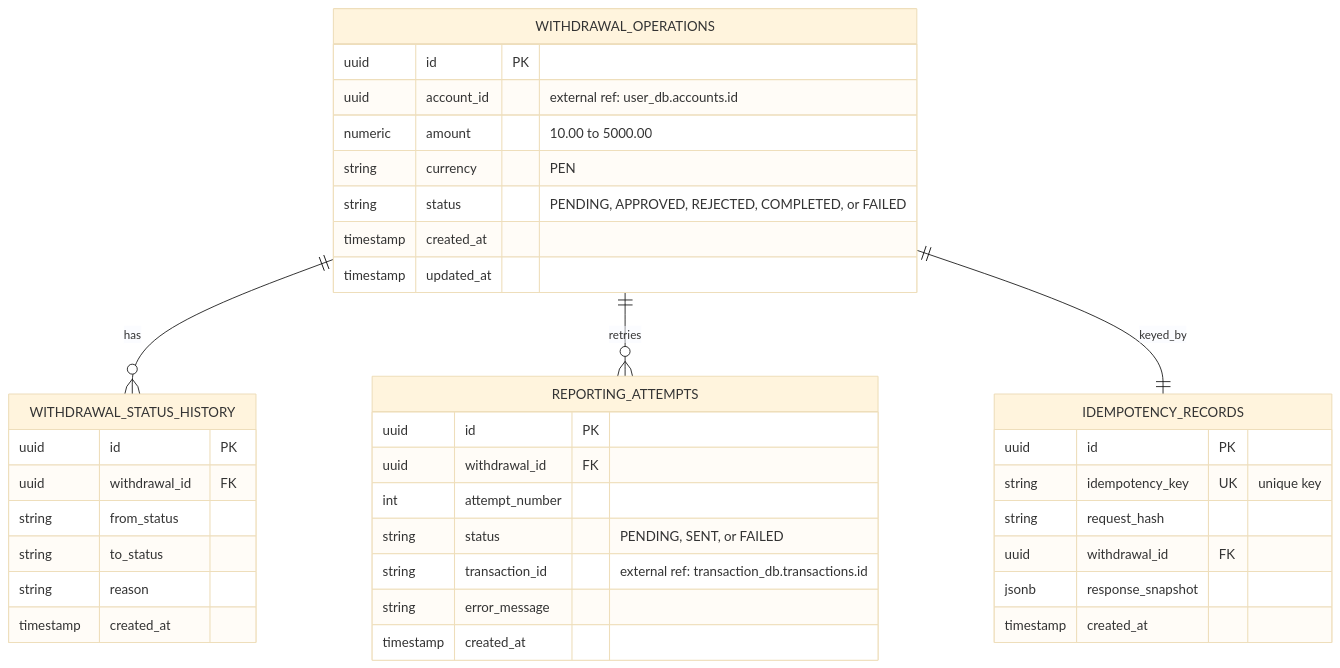
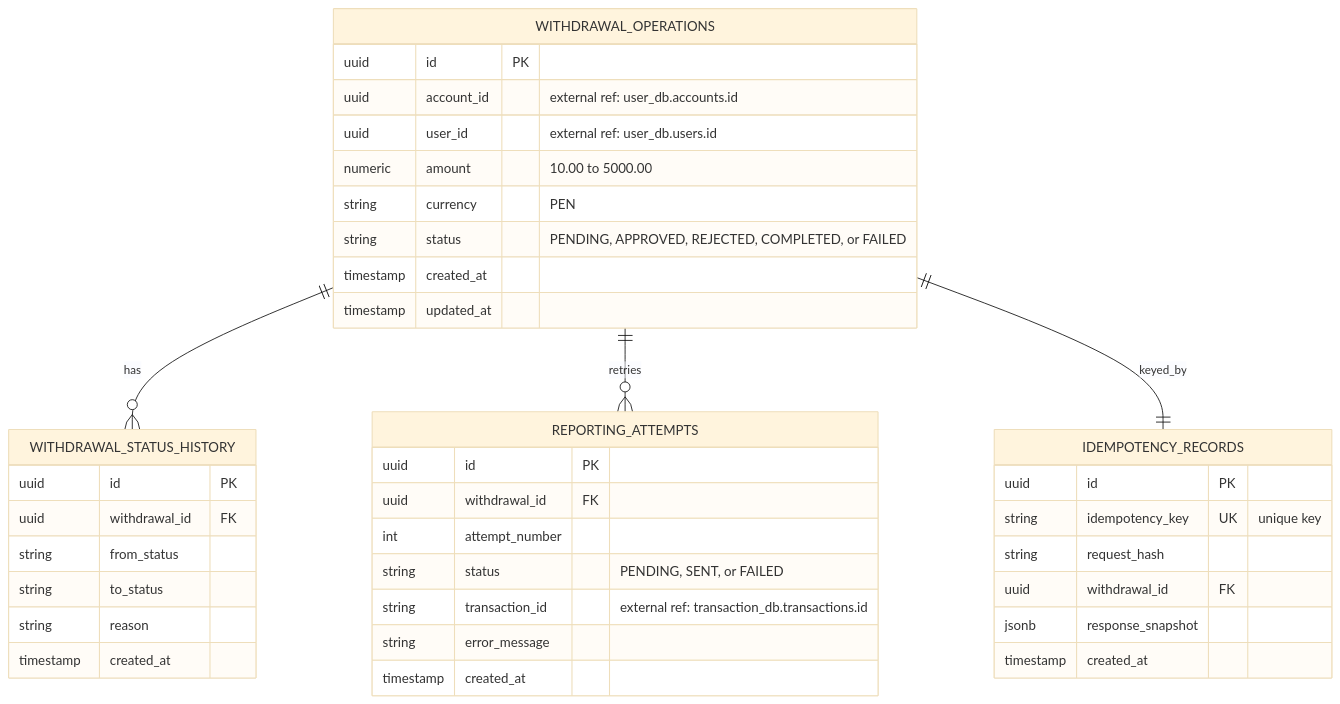
The first of 2 diagrams in openspec/architecture/erd/withdrawal-soles.md (J0sePs/app-microservices-spec), drawn with Mermaid (base theme) before and after one commit. The commit also changed other lines of this file and 75 other files, not shown here.

````diff
--- a/openspec/architecture/erd/withdrawal-soles.md
+++ b/openspec/architecture/erd/withdrawal-soles.md
@@ -5,44 +5,45 @@
 ```mermaid
 erDiagram
     WITHDRAWAL_OPERATIONS ||--o{ WITHDRAWAL_STATUS_HISTORY : has
     WITHDRAWAL_OPERATIONS ||--o{ REPORTING_ATTEMPTS : retries
     WITHDRAWAL_OPERATIONS ||--|| IDEMPOTENCY_RECORDS : keyed_by
 
     WITHDRAWAL_OPERATIONS {
         uuid id PK
         uuid account_id "external ref: user_db.accounts.id"
+        uuid user_id "external ref: user_db.users.id"
         numeric amount "10.00 to 5000.00"
         string currency "PEN"
         string status "PENDING, APPROVED, REJECTED, COMPLETED, or FAILED"
         timestamp created_at
         timestamp updated_at
     }
 
     WITHDRAWAL_STATUS_HISTORY {
         uuid id PK
         uuid withdrawal_id FK
         string from_status
         string to_status
         string reason
         timestamp created_at
     }
 
     IDEMPOTENCY_RECORDS {
         uuid id PK
         string idempotency_key UK "unique key"
         string request_hash
         uuid withdrawal_id FK
         jsonb response_snapshot
         timestamp created_at
     }
 
     REPORTING_ATTEMPTS {
         uuid id PK
         uuid withdrawal_id FK
         int attempt_number
         string status "PENDING, SENT, or FAILED"
         string transaction_id "external ref: transaction_db.transactions.id"
         string error_message
         timestamp created_at
     }
 ```
````
